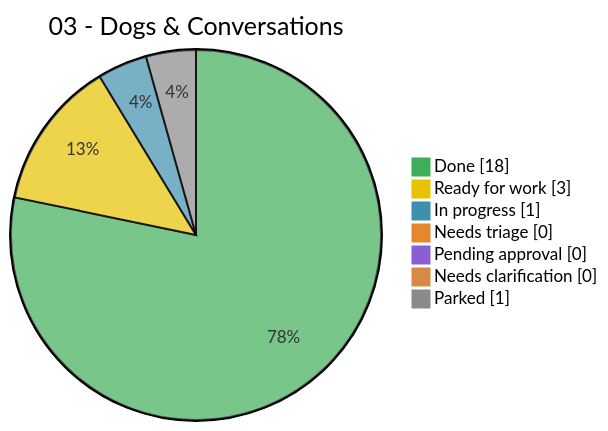
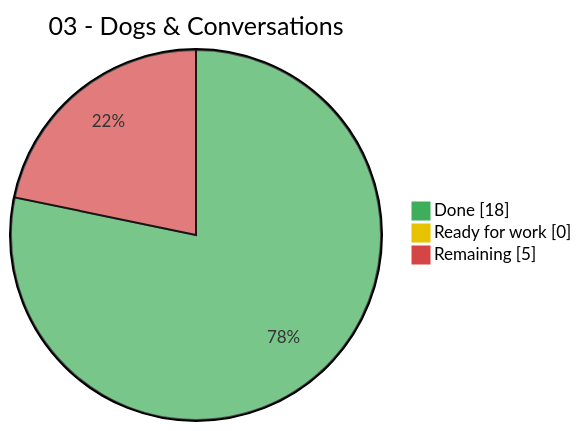
Before and after one commit to derekwinters/lucas-doggiehood: the first of 2 diagrams in .claude/skills/pipeline-dashboard/tests/expected_dashboard.md, drawn with Mermaid. The commit also changed other lines of this file and 10 other files, not shown here.

````diff
--- a/.claude/skills/pipeline-dashboard/tests/expected_dashboard.md
+++ b/.claude/skills/pipeline-dashboard/tests/expected_dashboard.md
@@ -11,11 +10,7 @@
 ```mermaid
-%%{init: {"themeVariables": {"pie1": "#3fae5a", "pie2": "#e6c200", "pie3": "#3f8fae", "pie4": "#e6862e", "pie5": "#8a5fd6", "pie6": "#d68a45", "pie7": "#8a8a8a"}}}%%
+%%{init: {"themeVariables": {"pie1": "#3fae5a", "pie2": "#e6c200", "pie3": "#d64545"}}}%%
 pie showData title 03 - Dogs & Conversations
     "Done" : 18
-    "Ready for work" : 3
-    "In progress" : 1
-    "Needs triage" : 0
-    "Pending approval" : 0
-    "Needs clarification" : 0
-    "Parked" : 1
+    "Ready for work" : 0
+    "Remaining" : 5
 ```
````
